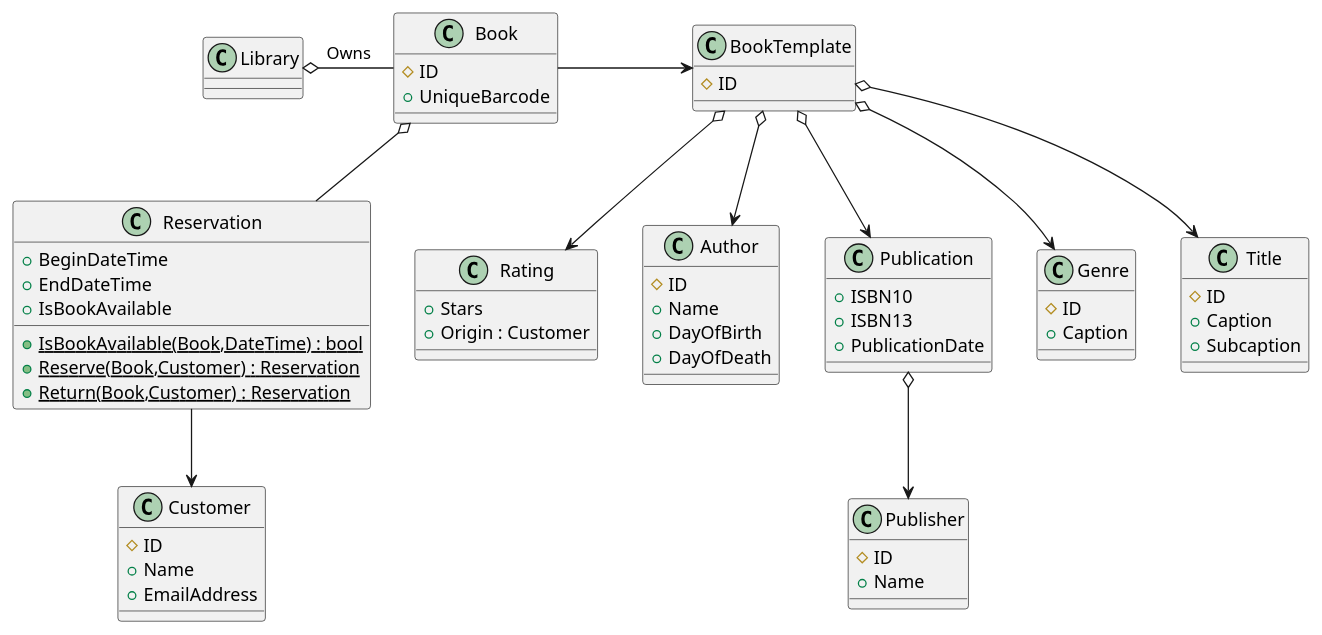
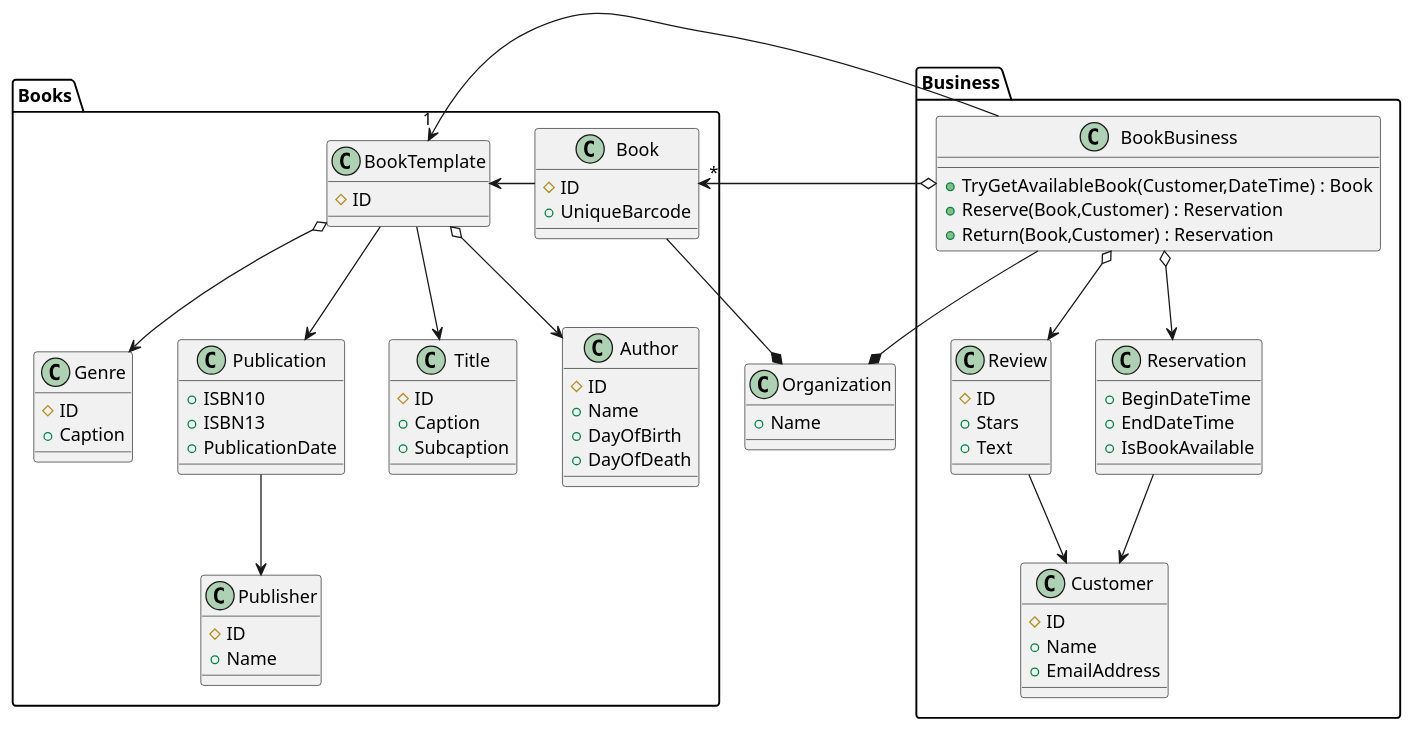
The diagram in library-api.puml (Xsysstar/Nerds.Library), drawn with PlantUML before and after one commit. The commit also changed 23 other files, not shown here.

```diff
--- a/library-api.puml
+++ b/library-api.puml
@@ -1,76 +1,91 @@
 @startuml
 
-class Library {
+class Organization {
+	+Name
 }
-Library o- Book : Owns
+Organization *-- Books.Book
+Business.BookBusiness --* Organization
 
-class Book {
-	#ID
-	+UniqueBarcode
+package Books
+{
+	class Book {
+		#ID
+		+UniqueBarcode
+	}
+	Book -> BookTemplate
+
+	class BookTemplate {
+		#ID
+	}
+	BookTemplate --> Publication
+	BookTemplate --> Title
+	BookTemplate o--> Author
+	BookTemplate o--> Genre
+
+
+	class Author {
+		#ID
+		+Name
+		+DayOfBirth
+		+DayOfDeath
+	}
+
+	class Publication {
+		+ISBN10
+		+ISBN13
+		+PublicationDate
+	}
+	Publication --> Publisher
+
+	class Publisher {
+		#ID
+		+Name
+	}
+
+	class Genre {
+		#ID
+		+Caption
+	}
+
+	class Title {
+		#ID
+		+Caption
+		+Subcaption
+	}
 }
-Book -> BookTemplate
-Book o-- Reservation
+package Business 
+{
+	class BookBusiness {
+		+TryGetAvailableBook(Customer,DateTime) : Book
+		+Reserve(Book,Customer) : Reservation
+		+Return(Book,Customer) : Reservation
+	}
+	BookBusiness o--> Reservation
+	BookBusiness o--> Review
 
-class BookTemplate {
-	#ID
-}
-BookTemplate o--> Rating
-BookTemplate o--> Author
-BookTemplate o--> Publication
-BookTemplate o--> Genre
-BookTemplate o--> Title
+	Books.Book "*" <-o BookBusiness
+	Books.BookTemplate "1" <- BookBusiness
 
-class Rating {
-	+Stars
-	+Origin : Customer
+	class Reservation {
+		+BeginDateTime
+		+EndDateTime
+		+IsBookAvailable
+	}
+	Reservation --> Customer
+
+	class Customer {
+		#ID
+		+Name
+		+EmailAddress
+	}
+
+	class Review {
+		#ID
+		+Stars
+		+Text
+	}
+	Review --> Customer
+
 }
 
-class Author {
-	#ID
-	+Name
-	+DayOfBirth
-	+DayOfDeath
-}
-
-class Publication {
-	+ISBN10
-	+ISBN13
-	+PublicationDate
-}
-Publication o--> Publisher
-
-class Publisher {
-	#ID
-	+Name
-}
-
-class Genre {
-	#ID
-	+Caption
-}
-
-class Title {
-	#ID
-	+Caption
-	+Subcaption
-}
-
-class Reservation {
-	{static} +IsBookAvailable(Book,DateTime) : bool
-	{static} +Reserve(Book,Customer) : Reservation
-	{static} +Return(Book,Customer) : Reservation
-	+BeginDateTime
-	+EndDateTime
-	+IsBookAvailable
-}
-
-Reservation --> Customer
-
-class Customer {
-	#ID
-	+Name
-	+EmailAddress
-}
-
-
 @enduml
```
